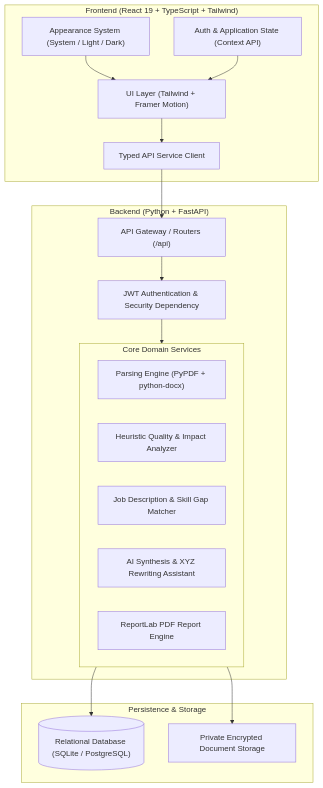
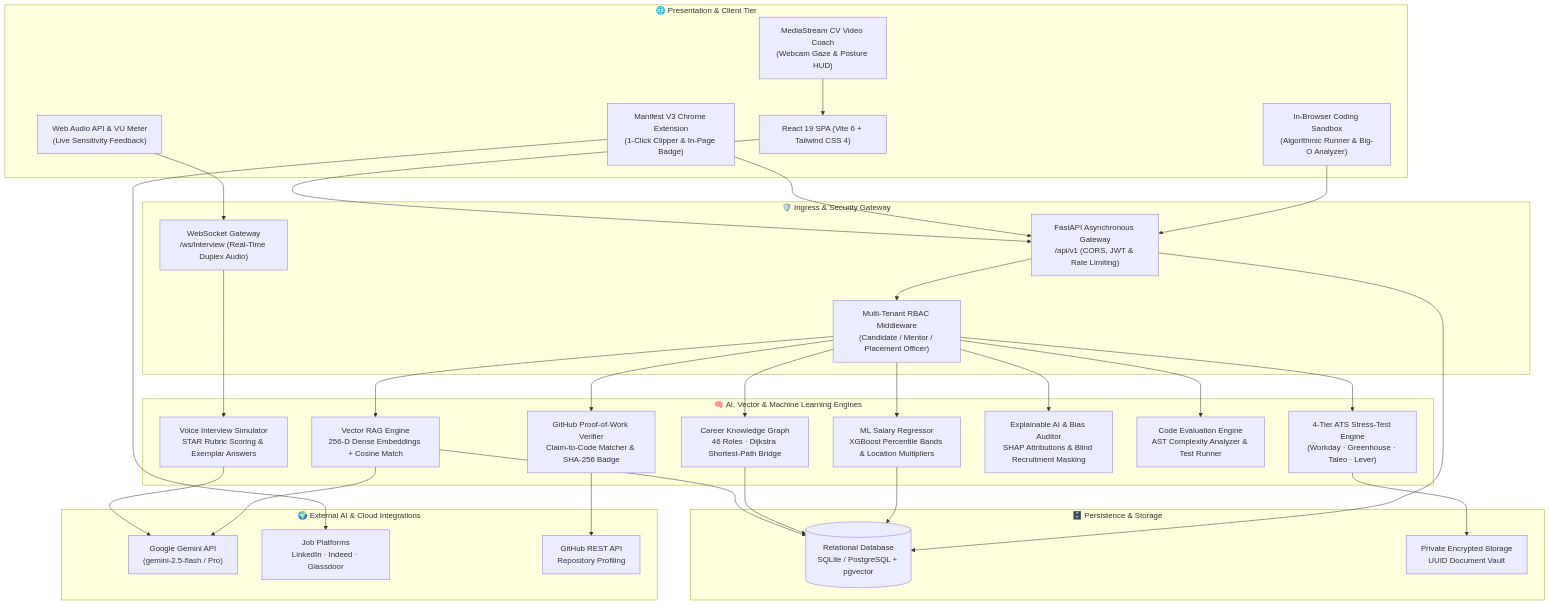
Before and after one commit to Isuru-CodeX/CareerLens: the first of 3 diagrams in ARCHITECTURE.md, drawn with Mermaid. The commit also changed other lines of this file and 9 other files, not shown here.

Commit message:
docs: update all repository documentation and add backend/frontend architecture guides

````diff
--- a/ARCHITECTURE.md
+++ b/ARCHITECTURE.md
@@ -7,36 +11,66 @@
 ```mermaid
 flowchart TD
-    subgraph Client ["Frontend (React 19 + TypeScript + Tailwind)"]
-        UI["UI Layer (Tailwind + Framer Motion)"]
-        Theme["Appearance System (System / Light / Dark)"]
-        State["Auth & Application State (Context API)"]
-        API_Client["Typed API Service Client"]
+    subgraph Client_Tier ["🌐 Presentation & Client Tier"]
+        SPA["React 19 SPA (Vite 6 + Tailwind CSS 4)"]
+        Ext["Manifest V3 Chrome Extension<br/>(1-Click Clipper & In-Page Badge)"]
+        AudioStream["Web Audio API & VU Meter<br/>(Live Sensitivity Feedback)"]
+        CVCoach["MediaStream CV Video Coach<br/>(Webcam Gaze & Posture HUD)"]
+        CodingUI["In-Browser Coding Sandbox<br/>(Algorithmic Runner & Big-O Analyzer)"]
     end
 
-    subgraph Server ["Backend (Python + FastAPI)"]
-        Router["API Gateway / Routers (/api)"]
-        AuthMiddleware["JWT Authentication & Security Dependency"]
-        
-        subgraph Core_Services ["Core Domain Services"]
-            Parser["Parsing Engine (PyPDF + python-docx)"]
-            Analyzer["Heuristic Quality & Impact Analyzer"]
-            Matcher["Job Description & Skill Gap Matcher"]
-            AISynth["AI Synthesis & XYZ Rewriting Assistant"]
-            PDFGen["ReportLab PDF Report Engine"]
-        end
+    subgraph Ingress_Tier ["🛡️ Ingress & Security Gateway"]
+        Gateway["FastAPI Asynchronous Gateway<br/>/api/v1 (CORS, JWT & Rate Limiting)"]
+        WS["WebSocket Gateway<br/>/ws/interview (Real-Time Duplex Audio)"]
+        RBAC["Multi-Tenant RBAC Middleware<br/>(Candidate / Mentor / Placement Officer)"]
     end
 
-    subgraph Storage_Tier ["Persistence & Storage"]
-        DB[("Relational Database (SQLite / PostgreSQL)")]
-        FileStore["Private Encrypted Document Storage"]
+    subgraph Intelligence_Tier ["🧠 AI, Vector & Machine Learning Engines"]
+        VectorRAG["Vector RAG Engine<br/>256-D Dense Embeddings + Cosine Match"]
+        ATSEmulator["4-Tier ATS Stress-Test Engine<br/>(Workday · Greenhouse · Taleo · Lever)"]
+        GraphEngine["Career Knowledge Graph<br/>46 Roles · Dijkstra Shortest-Path Bridge"]
+        SalaryML["ML Salary Regressor<br/>XGBoost Percentile Bands & Location Multipliers"]
+        VoiceStudio["Voice Interview Simulator<br/>STAR Rubric Scoring & Exemplar Answers"]
+        XAIEngine["Explainable AI & Bias Auditor<br/>SHAP Attributions & Blind Recruitment Masking"]
+        CodeSandbox["Code Evaluation Engine<br/>AST Complexity Analyzer & Test Runner"]
+        GitVerifier["GitHub Proof-of-Work Verifier<br/>Claim-to-Code Matcher & SHA-256 Badge"]
     end
 
-    UI --> API_Client
-    Theme --> UI
-    State --> UI
-    API_Client --> Router
-    Router --> AuthMiddleware
-    AuthMiddleware --> Core_Services
-    Core_Services --> DB
-    Core_Services --> FileStore
+    subgraph Storage_Tier ["🗄️ Persistence & Storage"]
+        DB[("Relational Database<br/>SQLite / PostgreSQL + pgvector")]
+        DocVault["Private Encrypted Storage<br/>UUID Document Vault"]
+    end
+
+    subgraph External_Providers ["🌍 External AI & Cloud Integrations"]
+        Gemini["Google Gemini API<br/>(gemini-2.5-flash / Pro)"]
+        JobBoards["Job Platforms<br/>LinkedIn · Indeed · Glassdoor"]
+        GitHubAPI["GitHub REST API<br/>Repository Profiling"]
+    end
+
+    SPA --> Gateway
+    Ext --> Gateway
+    AudioStream --> WS
+    CVCoach --> SPA
+    CodingUI --> Gateway
+
+    Gateway --> RBAC
+    WS --> VoiceStudio
+
+    RBAC --> VectorRAG
+    RBAC --> ATSEmulator
+    RBAC --> GraphEngine
+    RBAC --> SalaryML
+    RBAC --> XAIEngine
+    RBAC --> CodeSandbox
+    RBAC --> GitVerifier
+
+    VectorRAG --> DB
+    ATSEmulator --> DocVault
+    GraphEngine --> DB
+    SalaryML --> DB
+    Gateway --> DB
+
+    VoiceStudio --> Gemini
+    VectorRAG --> Gemini
+    Ext --> JobBoards
+    GitVerifier --> GitHubAPI
 ```
````
